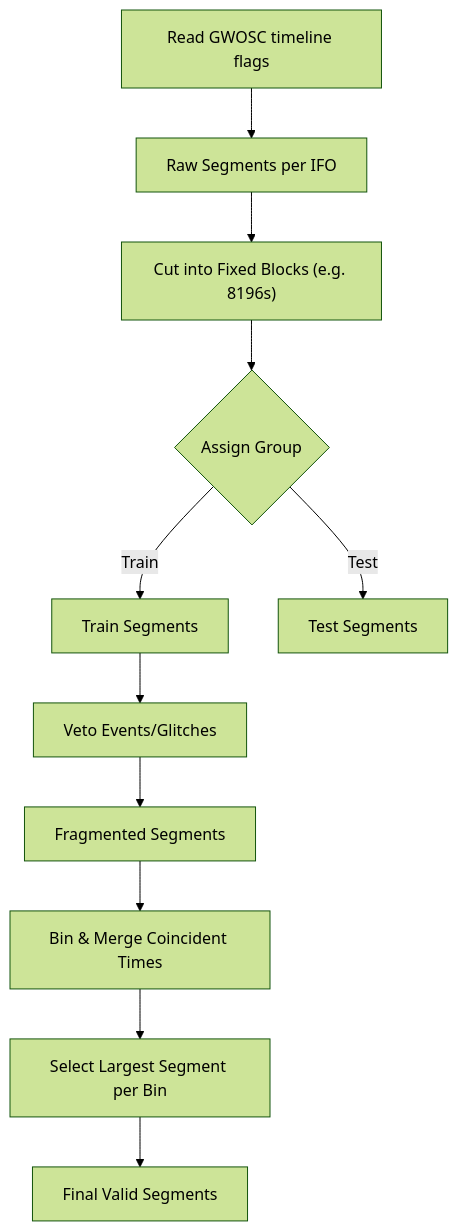
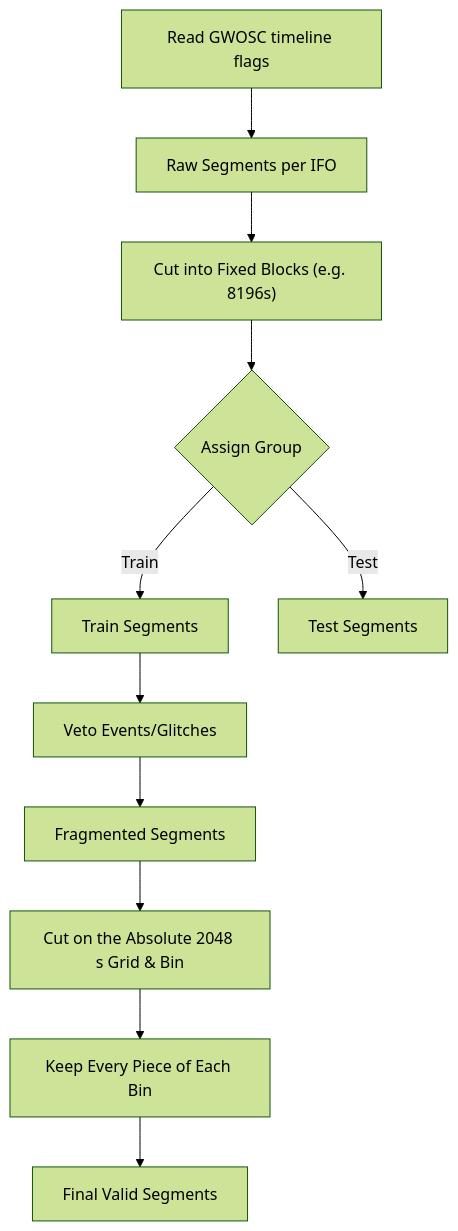
One commit to mrknorman/gravyflow changed the diagram in docs/acquisition.md. Above: the diagram before and after it, drawn with Mermaid (forest theme). The commit also changed other lines of this file and 4 other files, not shown here.

````diff
--- a/docs/acquisition.md
+++ b/docs/acquisition.md
@@ -77,13 +81,13 @@
 ```mermaid
 graph TD
     A["Read GWOSC timeline flags"] --> B["Raw Segments per IFO"]
     B --> C["Cut into Fixed Blocks (e.g. 8196s)"]
     C --> D{"Assign Group"}
     D -- Train --> E["Train Segments"]
     D -- Test --> F["Test Segments"]
     E --> G["Veto Events/Glitches"]
     G --> H["Fragmented Segments"]
-    H --> I["Bin & Merge Coincident Times"]
-    I --> J["Select Largest Segment per Bin"]
+    H --> I["Cut on the Absolute 2048 s Grid & Bin"]
+    I --> J["Keep Every Piece of Each Bin"]
     J --> K["Final Valid Segments"]
 ```
````
